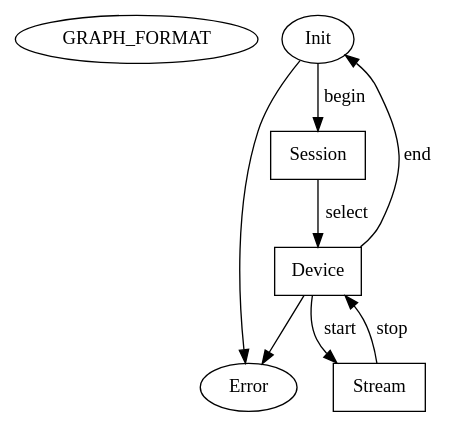
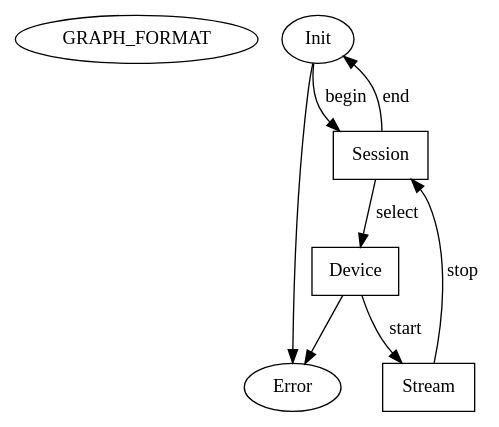
Before and after one commit to faudio/faudio: the diagram in doc/graphs/device_states.dot, drawn with Graphviz. The commit also changed 2 other files, not shown here.

```diff
--- a/doc/graphs/device_states.dot
+++ b/doc/graphs/device_states.dot
@@ -1,23 +1,23 @@
 
 #include "doc/graphs/header.dot"
 
 digraph graphname {
     GRAPH_FORMAT;
 
     Init    [];
     Error   [];
     Session [shape="rect"];
     Device  [shape="rect"];
     Stream  [shape="rect"];
 
     Init -> Session   [label = "begin"];
 
     Session -> Device [label = "select"];
-    Device -> Init    [label = "end"];
-    Device -> Stream  [label = "start"];
-    Stream -> Device  [label = "stop"];
+    Device -> Stream   [label = "start"];
+    Stream -> Session  [label = "stop"];
+    Session -> Init    [label = "end"];
 
     Init -> Error;
     // Stream -> Error [style="invisible", arrowhead="none"];
     Device -> Error;      
 }
```
